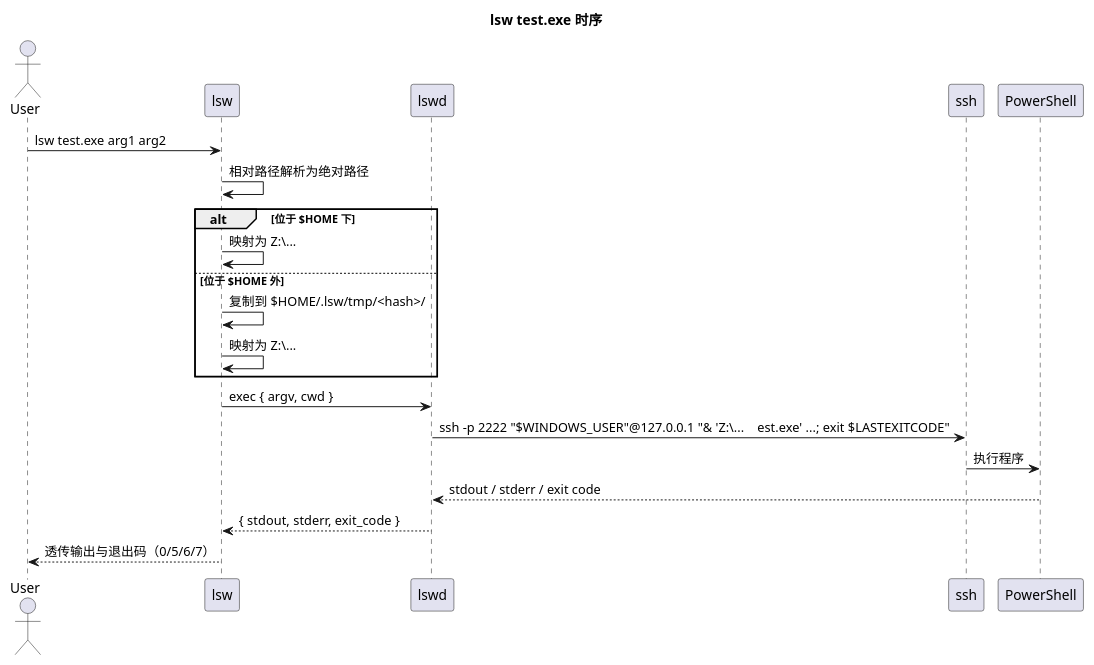
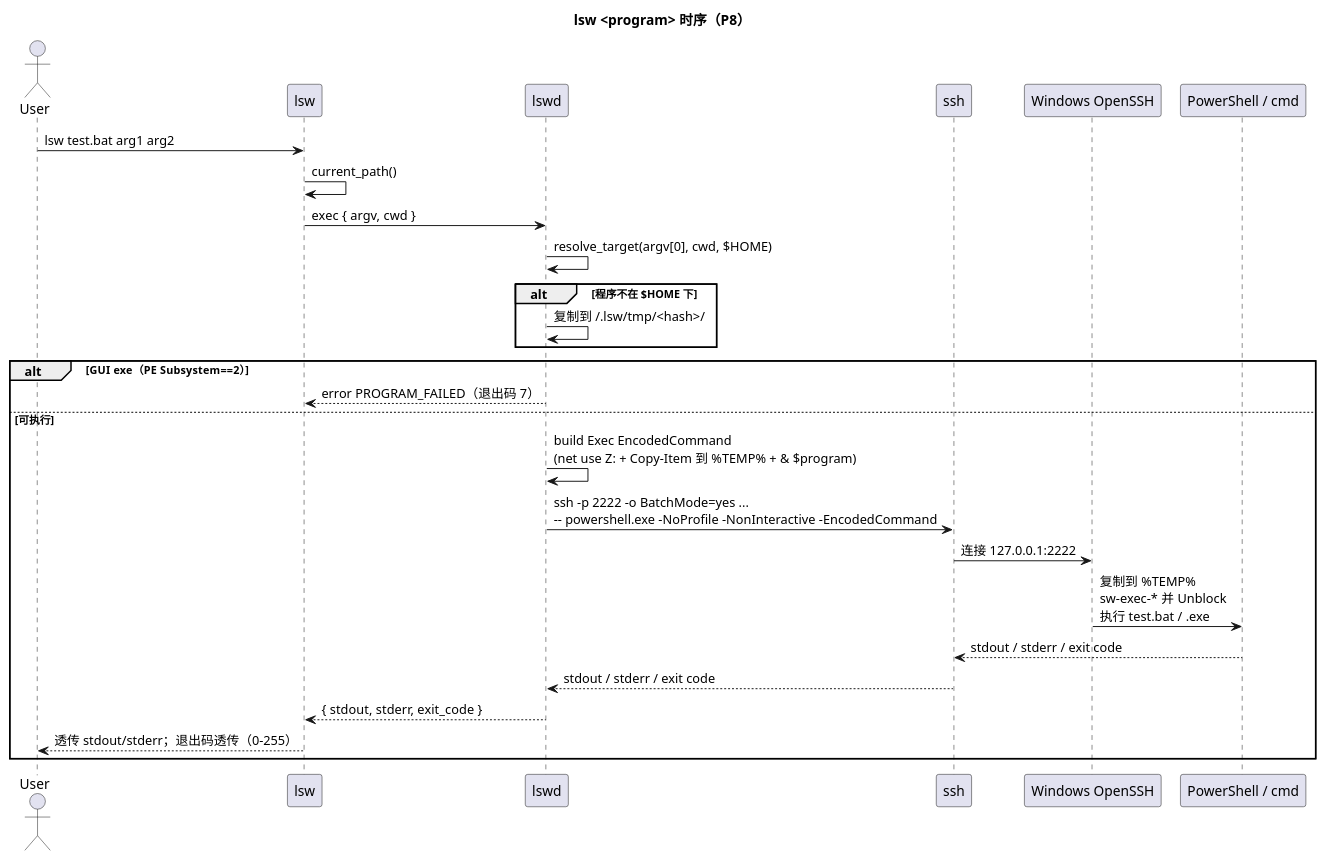
Before and after one commit to yunzheyue-star/lsw: the diagram in docs/diagrams/sequence-exec.puml, drawn with PlantUML. The commit also changed 35 other files, not shown here.

First line of the commit message:
P8: lsw <program> 执行（.exe/.bat/.cmd）

```diff
--- a/docs/diagrams/sequence-exec.puml
+++ b/docs/diagrams/sequence-exec.puml
@@ -1,23 +1,29 @@
 @startuml
-title lsw test.exe 时序
+title lsw <program> 时序（P8）
 actor User
 participant "lsw" as CLI
 participant "lswd" as Daemon
 participant "ssh" as SSH
-participant "PowerShell" as PS
+participant "Windows OpenSSH" as WinSSH
+participant "PowerShell / cmd" as PS
 
-User -> CLI : lsw test.exe arg1 arg2
-CLI -> CLI : 相对路径解析为绝对路径
-alt 位于 $HOME 下
-  CLI -> CLI : 映射为 Z:\\...
-else 位于 $HOME 外
-  CLI -> CLI : 复制到 $HOME/.lsw/tmp/<hash>/
-  CLI -> CLI : 映射为 Z:\\...
+User -> CLI : lsw test.bat arg1 arg2
+CLI -> CLI : current_path()
+CLI -> Daemon : exec { argv, cwd }
+Daemon -> Daemon : resolve_target(argv[0], cwd, $HOME)
+alt 程序不在 $HOME 下
+  Daemon -> Daemon : 复制到 ~/.lsw/tmp/<hash>/
 end
-CLI -> Daemon : exec { argv, cwd }
-Daemon -> SSH : ssh -p 2222 "$WINDOWS_USER"@127.0.0.1 "& 'Z:\\...\\test.exe' ...; exit $LASTEXITCODE"
-SSH -> PS : 执行程序
-PS --> Daemon : stdout / stderr / exit code
-Daemon --> CLI : { stdout, stderr, exit_code }
-CLI --> User : 透传输出与退出码（0/5/6/7）
+alt GUI exe（PE Subsystem==2）
+  Daemon --> CLI : error PROGRAM_FAILED（退出码 7）
+else 可执行
+  Daemon -> Daemon : build Exec EncodedCommand\n(net use Z: + Copy-Item 到 %TEMP% + & $program)
+  Daemon -> SSH : ssh -p 2222 -o BatchMode=yes ...\n-- powershell.exe -NoProfile -NonInteractive -EncodedCommand
+  SSH -> WinSSH : 连接 127.0.0.1:2222
+  WinSSH -> PS : 复制到 %TEMP%\lsw-exec-* 并 Unblock\n执行 test.bat / .exe
+  PS --> SSH : stdout / stderr / exit code
+  SSH --> Daemon : stdout / stderr / exit code
+  Daemon --> CLI : { stdout, stderr, exit_code }
+  CLI --> User : 透传 stdout/stderr；退出码透传（0–255）
+end
 @enduml
```
